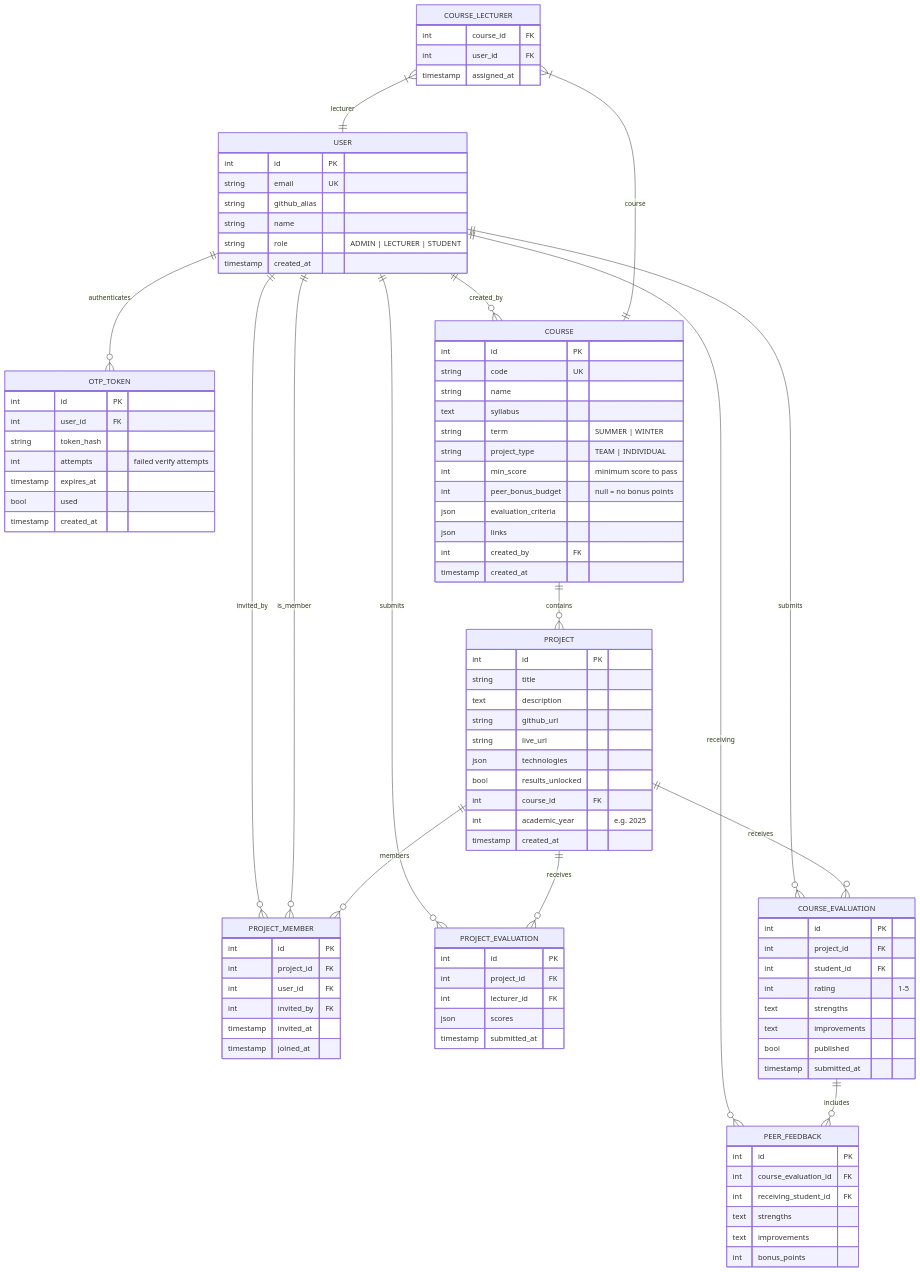
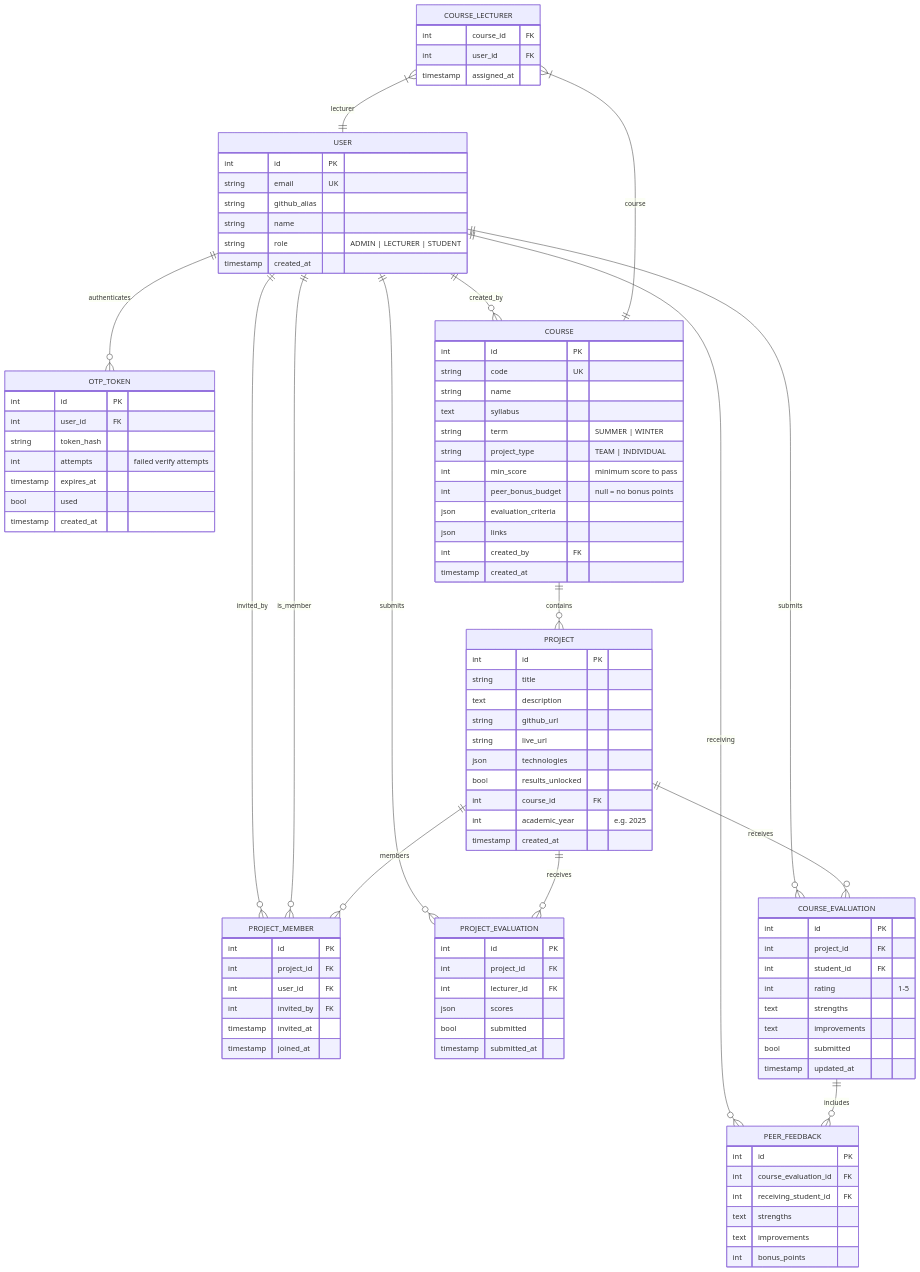
One commit to ljezek/tul-psi changed the second of 6 diagrams in docs/DESIGN.md. Above: the diagram before and after it, drawn with Mermaid. The commit also changed other lines of this file and 5 other files, not shown here.

```diff
--- a/docs/DESIGN.md
+++ b/docs/DESIGN.md
@@ -97,6 +97,7 @@
         int project_id FK
         int lecturer_id FK
         json scores
+        bool submitted        
         timestamp submitted_at
     }
     COURSE_EVALUATION {
@@ -106,8 +107,8 @@
         int rating "1-5"
         text strengths
         text improvements
-        bool published
-        timestamp submitted_at
+        bool submitted
+        timestamp updated_at
     }
     PEER_FEEDBACK {
         int id PK
```
